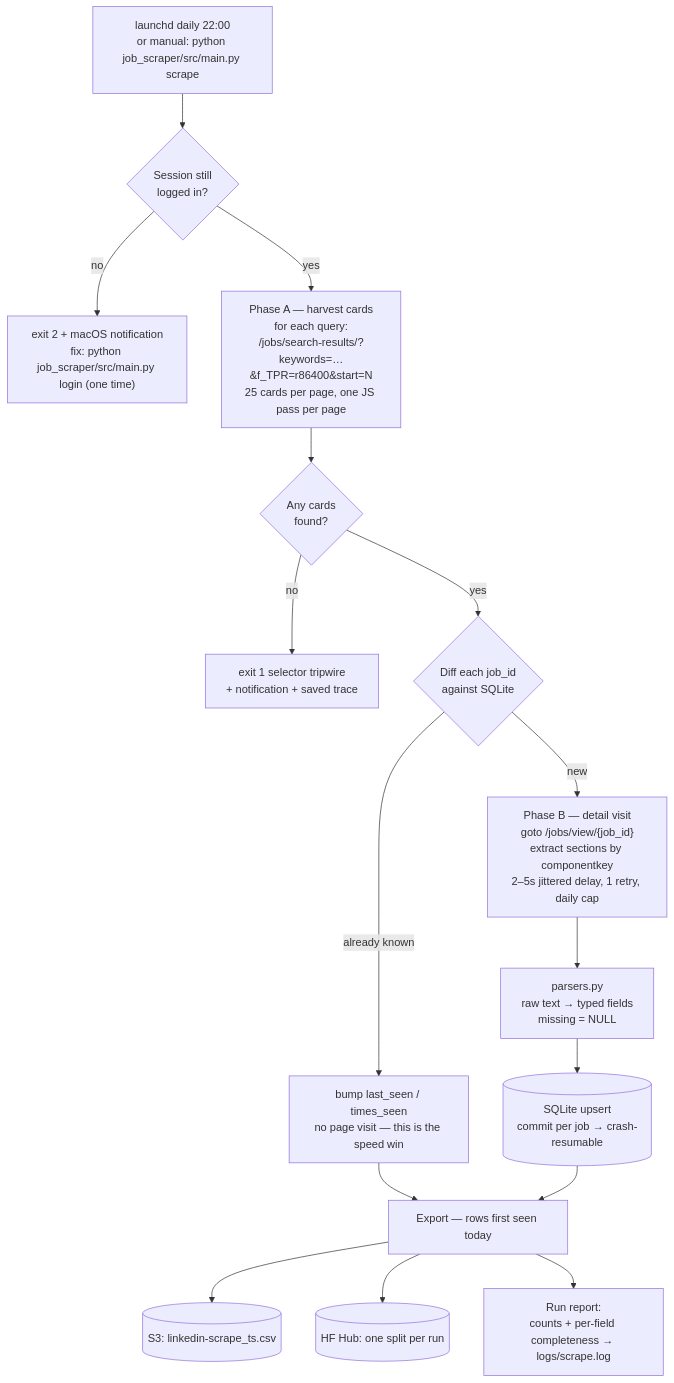
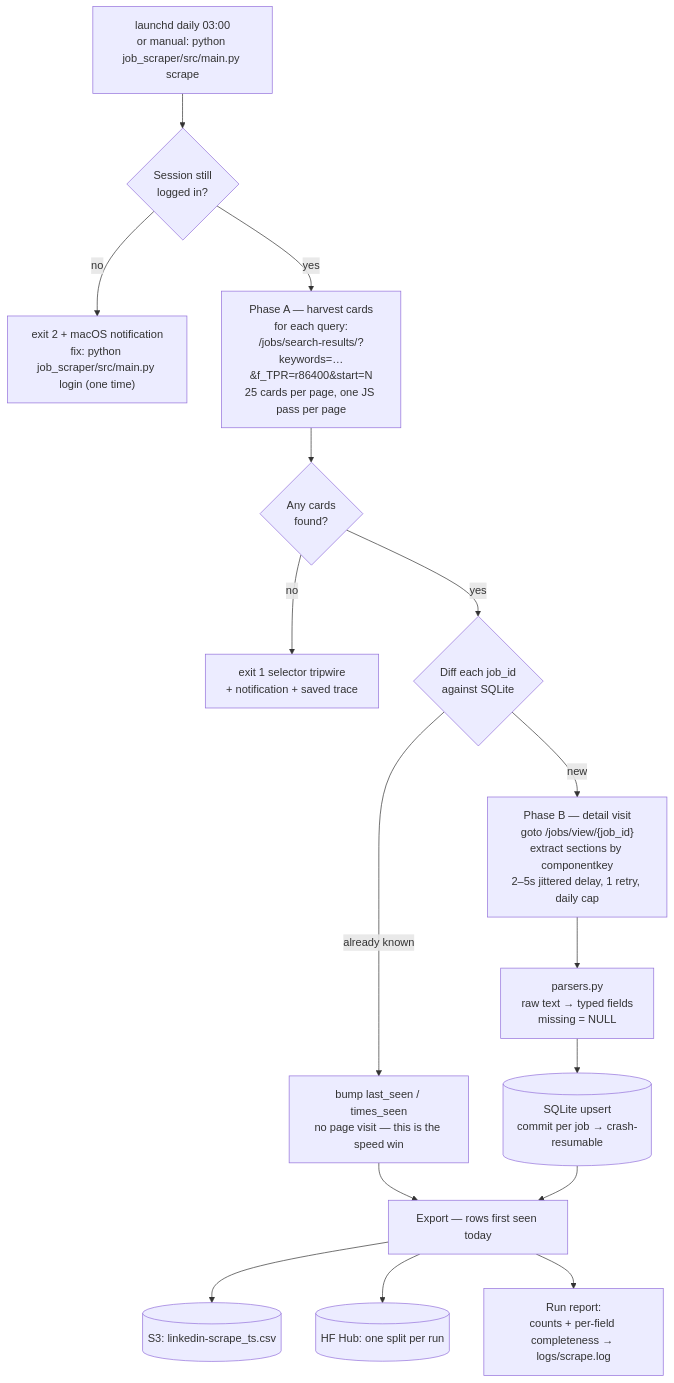
The diagram in README.md (ryq99/linkedin-jobs-scraper), drawn with Mermaid before and after one commit. The commit also changed other lines of this file and 3 other files, not shown here.

````diff
--- a/README.md
+++ b/README.md
@@ -53,18 +53,18 @@
 ```mermaid
 flowchart TD
-    A["launchd daily 22:00<br/>or manual: python job_scraper/src/main.py scrape"] --> B{"Session still<br/>logged in?"}
+    A["launchd daily 03:00<br/>or manual: python job_scraper/src/main.py scrape"] --> B{"Session still<br/>logged in?"}
     B -- no --> B1["exit 2 + macOS notification<br/>fix: python job_scraper/src/main.py login (one time)"]
     B -- yes --> C["Phase A — harvest cards<br/>for each query:<br/>/jobs/search-results/?keywords=…&f_TPR=r86400&start=N<br/>25 cards per page, one JS pass per page"]
     C --> D{"Any cards<br/>found?"}
     D -- no --> D1["exit 1 selector tripwire<br/>+ notification + saved trace"]
     D -- yes --> E{"Diff each job_id<br/>against SQLite"}
     E -- already known --> F["bump last_seen / times_seen<br/>no page visit — this is the speed win"]
     E -- new --> G["Phase B — detail visit<br/>goto /jobs/view/{job_id}<br/>extract sections by componentkey<br/>2–5s jittered delay, 1 retry, daily cap"]
     G --> H["parsers.py<br/>raw text → typed fields<br/>missing = NULL"]
     H --> I[("SQLite upsert<br/>commit per job → crash-resumable")]
     F --> J
     I --> J["Export — rows first seen today"]
     J --> K[("S3: linkedin-scrape_ts.csv")]
     J --> L[("HF Hub: one split per run")]
     J --> M2["Run report:<br/>counts + per-field completeness → logs/scrape.log"]
 ```
````
